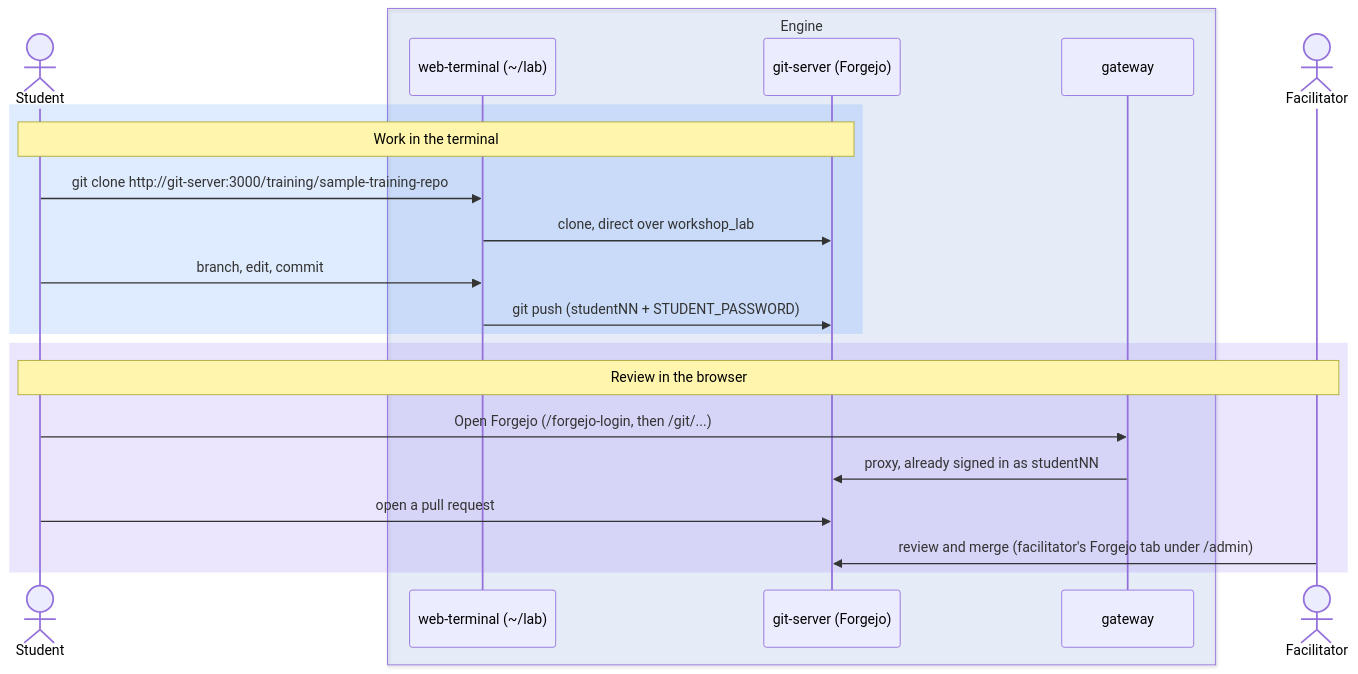
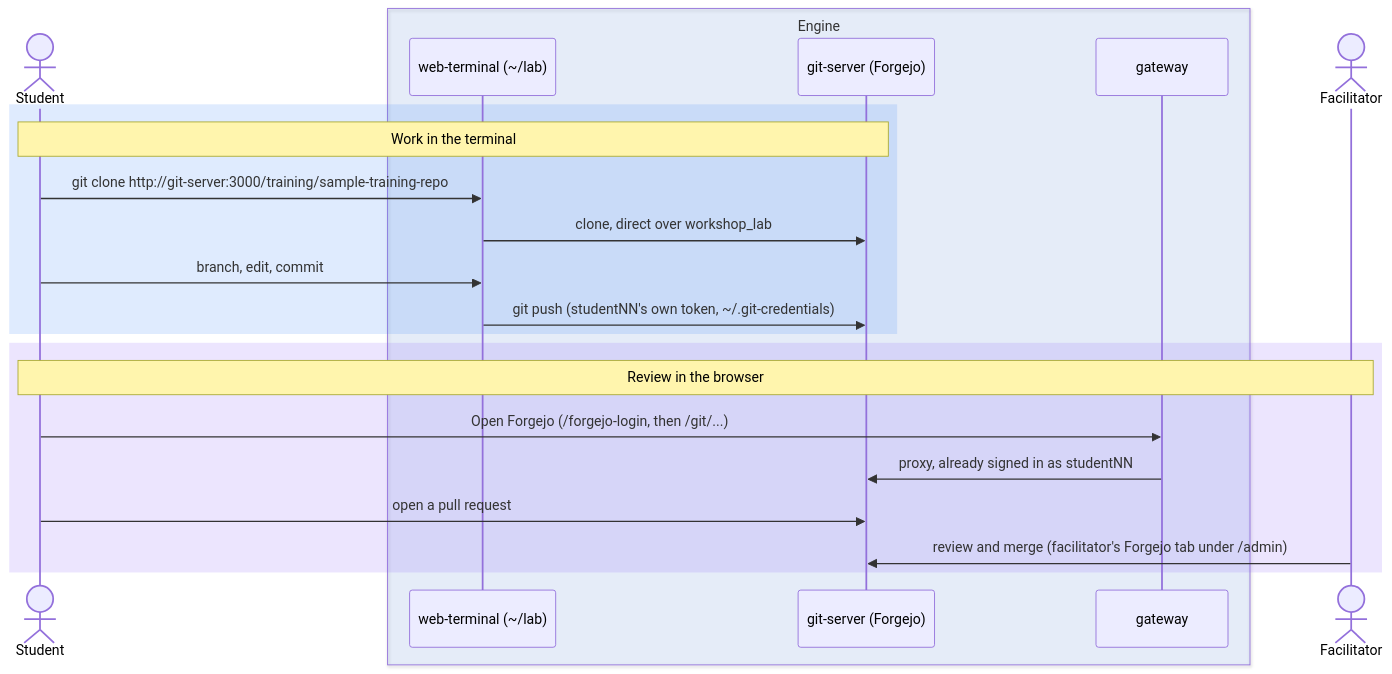
Before and after one commit to fiddler110/GitOps_Dojo: the fourth of 14 diagrams in README.md, drawn with Mermaid. The commit also changed 37 other files, not shown here.

First line of the commit message:
security(FIND-03): per-student Forgejo passwords and git tokens, locked Linux passwords

````diff
--- a/README.md
+++ b/README.md
@@ -310,26 +310,26 @@
 ```mermaid
 sequenceDiagram
     actor S as Student
     box rgba(59,130,246,0.1) Engine
     participant WT as web-terminal (~/lab)
     participant GS as git-server (Forgejo)
     participant GW as gateway
     end
     actor F as Facilitator
 
     rect rgba(59,130,246,0.16)
     Note over S,GS: Work in the terminal
     S->>WT: git clone http://git-server:3000/training/sample-training-repo
     WT->>GS: clone, direct over workshop_lab
     S->>WT: branch, edit, commit
-    WT->>GS: git push (studentNN + STUDENT_PASSWORD)
+    WT->>GS: git push (studentNN's own token, ~/.git-credentials)
     end
 
     rect rgba(139,92,246,0.16)
     Note over S,F: Review in the browser
     S->>GW: Open Forgejo (/forgejo-login, then /git/...)
     GW->>GS: proxy, already signed in as studentNN
     S->>GS: open a pull request
     F->>GS: review and merge (facilitator's Forgejo tab under /admin)
     end
 ```
````
